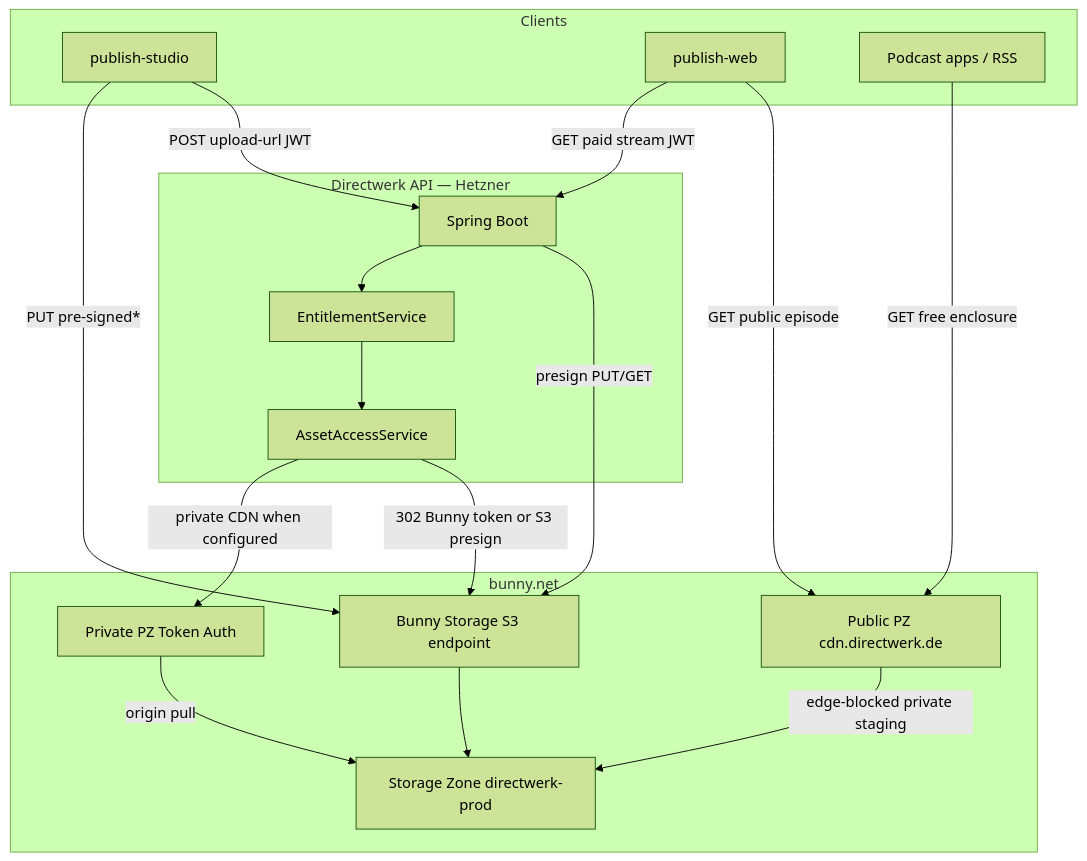
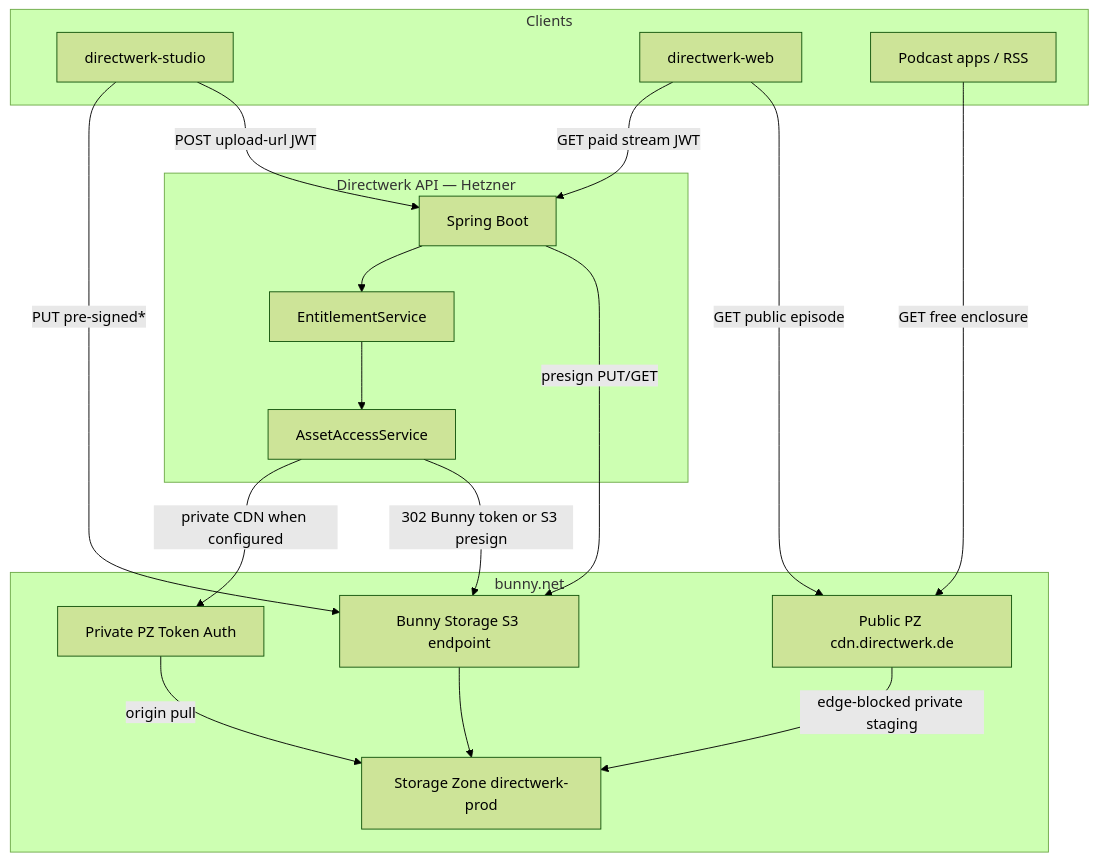
Before and after one commit to LucaNerlich/directwerk: the diagram in docs/bunny-net-integration.md, drawn with Mermaid (forest theme). The commit also changed other lines of this file and 495 other files, not shown here.

Commit message:
rename publish to directwerk

````diff
--- a/docs/bunny-net-integration.md
+++ b/docs/bunny-net-integration.md
@@ -82,37 +82,37 @@
 ```mermaid
 flowchart TB
     subgraph clients [Clients]
-        Studio[publish-studio]
-        Web[publish-web]
+        Studio[directwerk-studio]
+        Web[directwerk-web]
         RSS[Podcast apps / RSS]
     end
 
     subgraph directwerk [Directwerk API — Hetzner]
         API[Spring Boot]
         AAS[AssetAccessService]
         Ent[EntitlementService]
     end
 
     subgraph bunny [bunny.net]
         S3[Bunny Storage S3 endpoint]
         Zone[Storage Zone directwerk-prod]
         PublicCDN[Public PZ cdn.directwerk.de]
         PrivateCDN[Private PZ Token Auth]
     end
 
     Studio -->|POST upload-url JWT| API
     Studio -->|PUT pre-signed*| S3
     API -->|presign PUT/GET| S3
     S3 --> Zone
 
     Web -->|GET public episode| PublicCDN
     RSS -->|GET free enclosure| PublicCDN
     PublicCDN -->|edge-blocked private staging| Zone
 
     Web -->|GET paid stream JWT| API
     API --> Ent
     Ent --> AAS
     AAS -->|302 Bunny token or S3 presign| S3
     AAS -->|private CDN when configured| PrivateCDN
     PrivateCDN -->|origin pull| Zone
 ```
````
